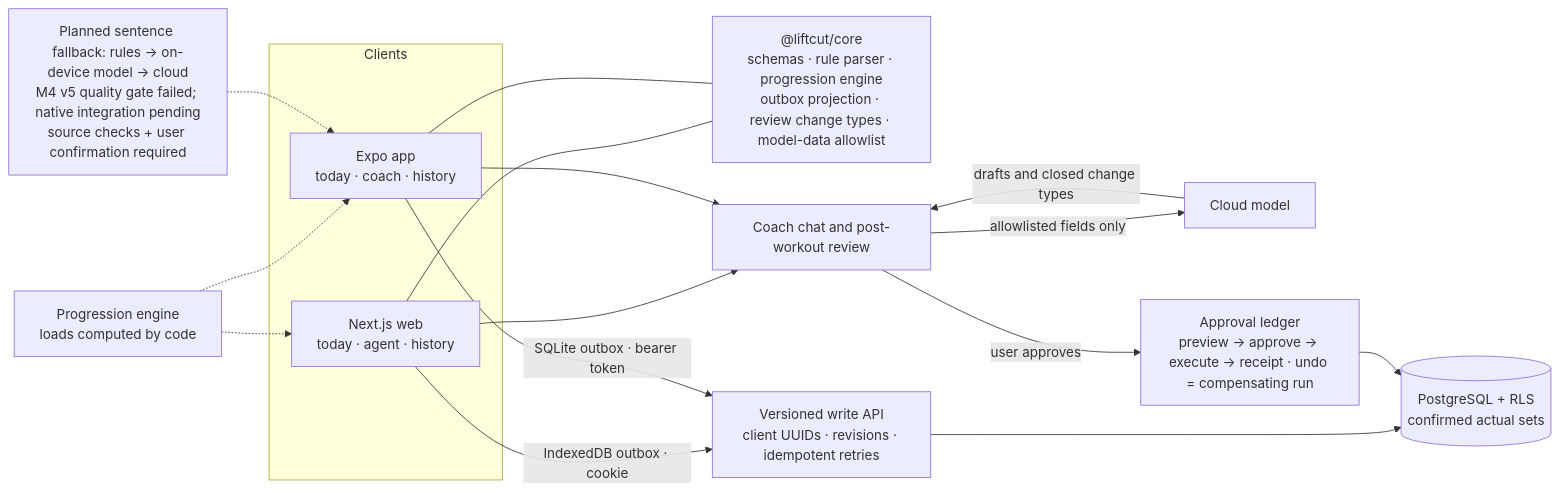
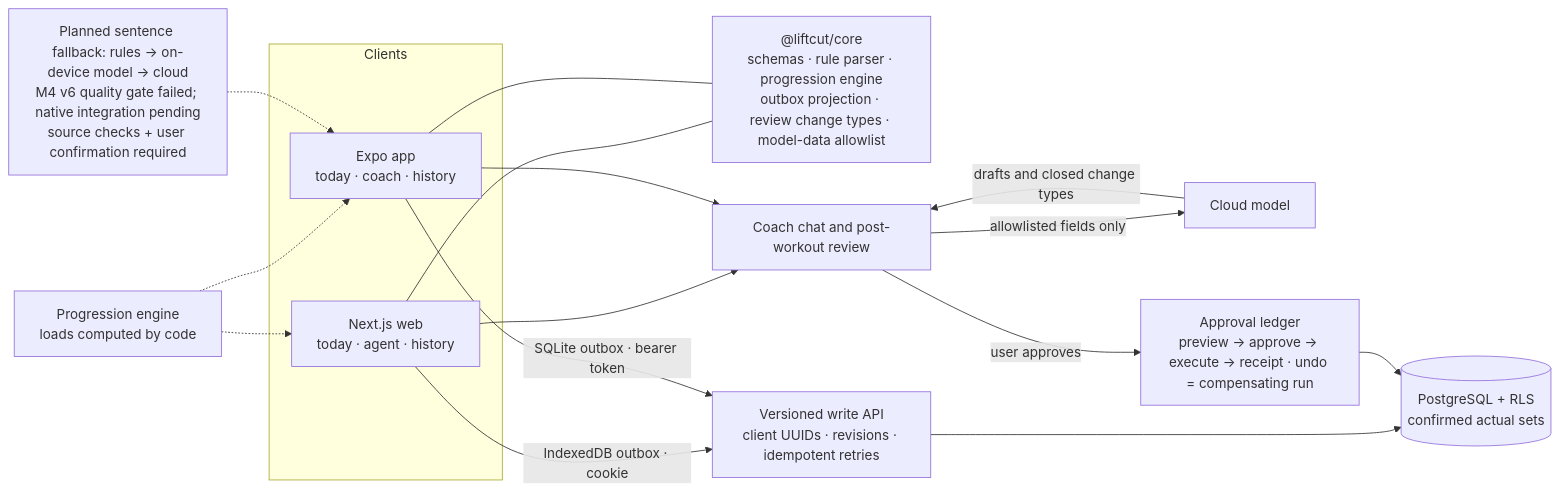
Before and after one commit to Townzc/liftcut-tracker: the second of 2 diagrams in README.md, drawn with Mermaid. The commit also changed other lines of this file, not shown here.

````diff
--- a/README.md
+++ b/README.md
@@ -122,21 +122,21 @@
 ```mermaid
 flowchart LR
   subgraph Clients
     Web["Next.js web<br/>today · agent · history"]
     Mobile["Expo app<br/>today · coach · history"]
   end
   Core["@liftcut/core<br/>schemas · rule parser · progression engine<br/>outbox projection · review change types · model-data allowlist"]
   Web --- Core
   Mobile --- Core
   Web -->|"IndexedDB outbox · cookie"| API["Versioned write API<br/>client UUIDs · revisions · idempotent retries"]
   Mobile -->|"SQLite outbox · bearer token"| API
   API --> DB[("PostgreSQL + RLS<br/>confirmed actual sets")]
   Web & Mobile --> Coach["Coach chat and post-workout review"]
   Coach -->|"allowlisted fields only"| Model["Cloud model"]
   Model -->|"drafts and closed change types"| Coach
   Coach -->|"user approves"| Ledger["Approval ledger<br/>preview → approve → execute → receipt · undo = compensating run"]
   Ledger --> DB
   Engine["Progression engine<br/>loads computed by code"] -.-> Web
   Engine -.-> Mobile
-  Parser["Planned sentence fallback: rules → on-device model → cloud<br/>M4 v5 quality gate failed; native integration pending<br/>source checks + user confirmation required"] -.-> Mobile
+  Parser["Planned sentence fallback: rules → on-device model → cloud<br/>M4 v6 quality gate failed; native integration pending<br/>source checks + user confirmation required"] -.-> Mobile
 ```
````
